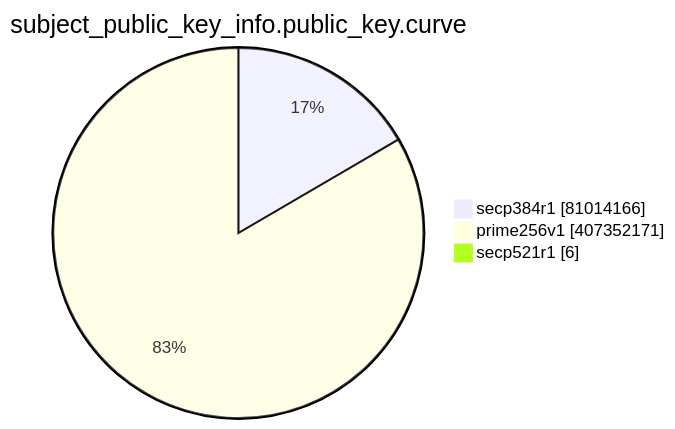
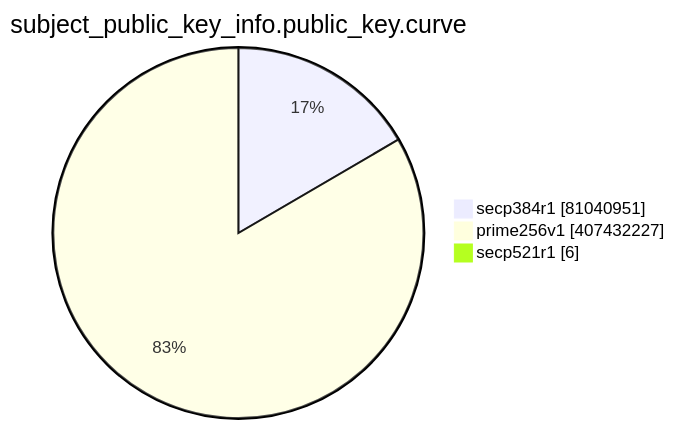
The eighth of 15 diagrams in TOTAL/README.md (christiankrug/ctmonitor_visualization), drawn with Mermaid before and after one commit. The commit also changed other lines of this file, not shown here.

````diff
--- a/TOTAL/README.md
+++ b/TOTAL/README.md
@@ -3096,7 +3096,7 @@
 ```mermaid
 pie showData
 title subject_public_key_info.public_key.curve
-"secp384r1" :81014166
-"prime256v1" :407352171
+"secp384r1" :81040951
+"prime256v1" :407432227
 "secp521r1" :6
 ```
````
